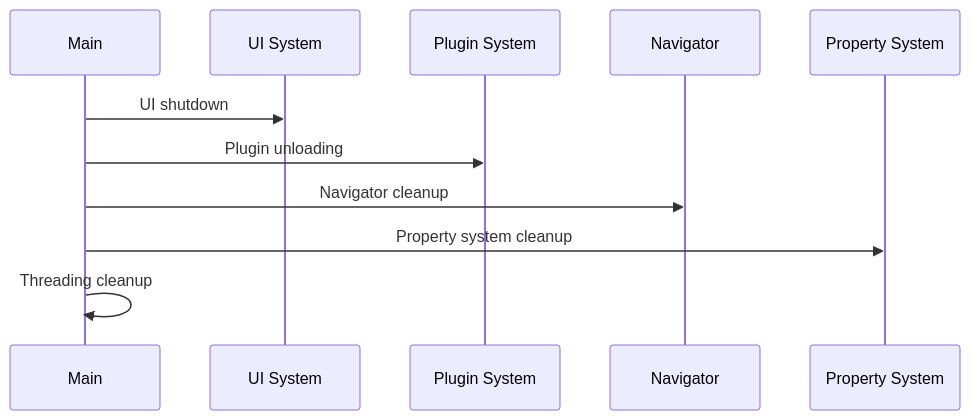
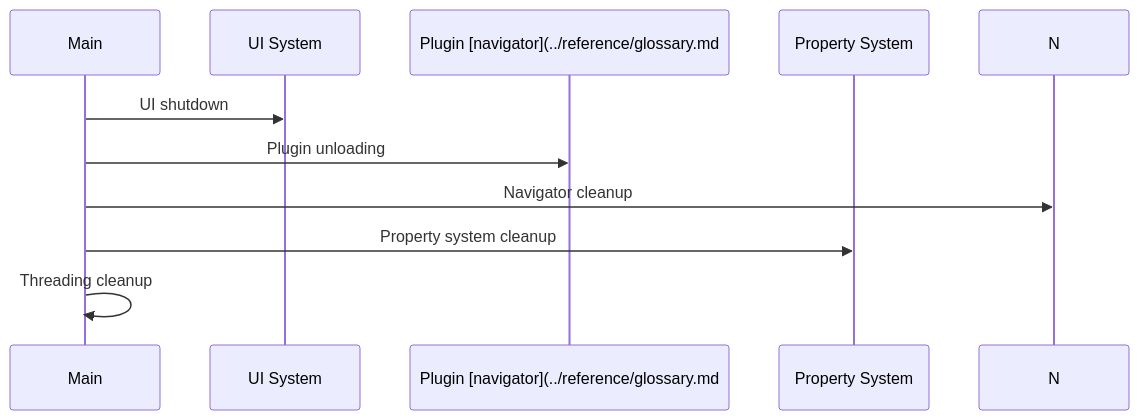
One commit to Buksa/movian-docs changed the ninth of 9 diagrams in docs/architecture/components.md. Above: the diagram before and after it, drawn with Mermaid. The commit also changed other lines of this file and 19 other files, not shown here.

````diff
--- a/docs/architecture/components.md
+++ b/docs/architecture/components.md
@@ -282,14 +282,13 @@
 ```mermaid
 sequenceDiagram
     participant M as Main
     participant U as UI System
-    participant PS as Plugin System
-    participant N as Navigator
+    participant PS as Plugin [navigator](../reference/glossary.md#navigator)  participant N as Navigator
     participant P as Property System
     
     M->>U: UI shutdown
     M->>PS: Plugin unloading
     M->>N: Navigator cleanup
     M->>P: Property system cleanup
     M->>M: Threading cleanup
 ```
````
